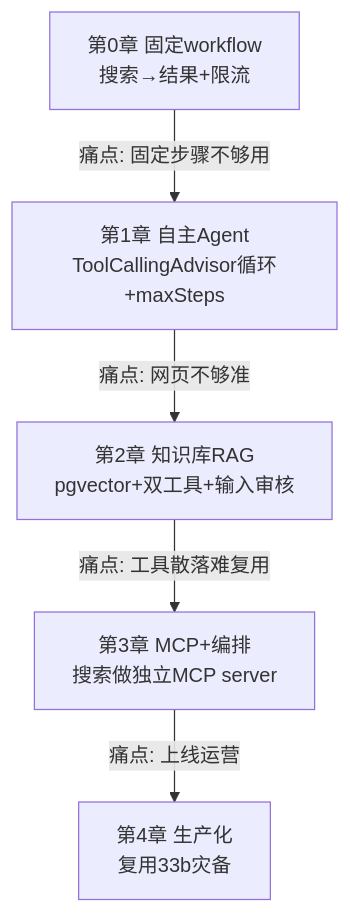
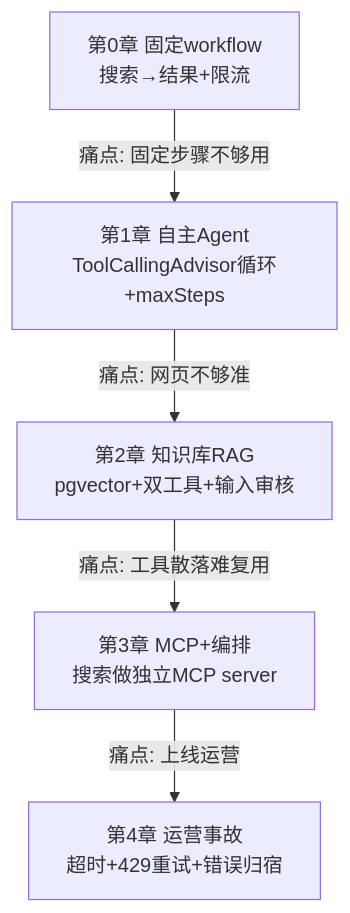
One commit to UranusGit/java-agent-learn changed the diagram in docs/tutorials/spring-ai-2.0/34-研究Agent与知识库实战.md. Above: the diagram before and after it, drawn with Mermaid. The commit also changed other lines of this file and 1 other file, not shown here.

````diff
--- a/docs/tutorials/spring-ai-2.0/34-研究Agent与知识库实战.md
+++ b/docs/tutorials/spring-ai-2.0/34-研究Agent与知识库实战.md
@@ -1471,8 +1575,8 @@
 ```mermaid
 flowchart TD
     S0[第0章 固定workflow<br/>搜索→结果+限流] -->|痛点: 固定步骤不够用| S1
     S1[第1章 自主Agent<br/>ToolCallingAdvisor循环+maxSteps] -->|痛点: 网页不够准| S2
     S2[第2章 知识库RAG<br/>pgvector+双工具+输入审核] -->|痛点: 工具散落难复用| S3
     S3[第3章 MCP+编排<br/>搜索做独立MCP server] -->|痛点: 上线运营| S4
-    S4[第4章 生产化<br/>复用33b灾备]
+    S4[第4章 运营事故<br/>超时+429重试+错误归宿]
 ```
````
